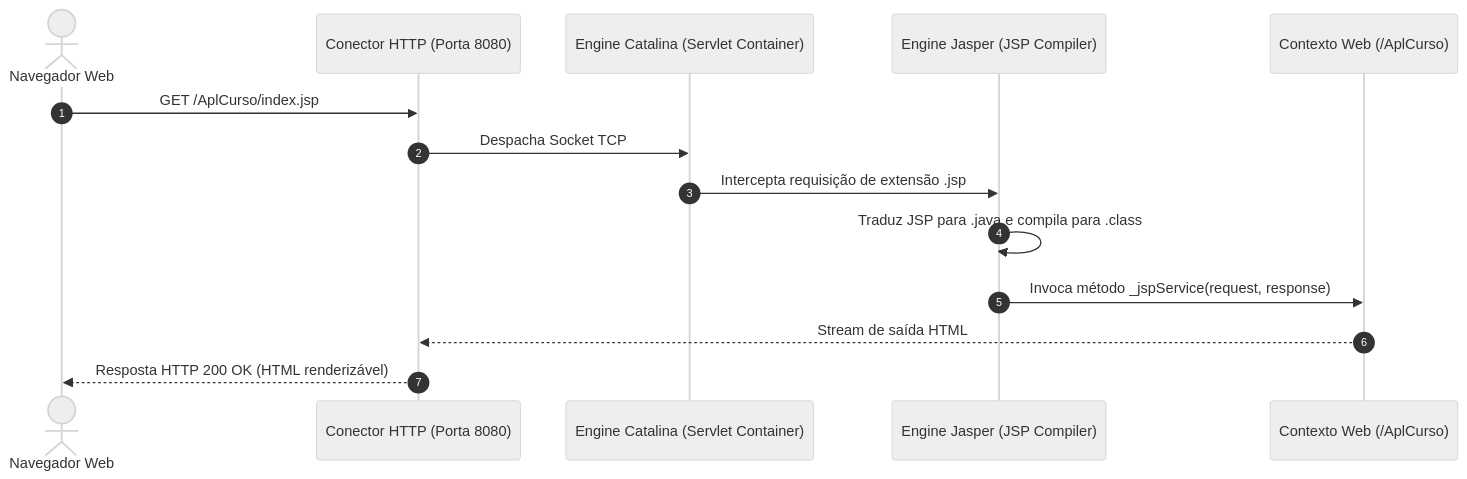
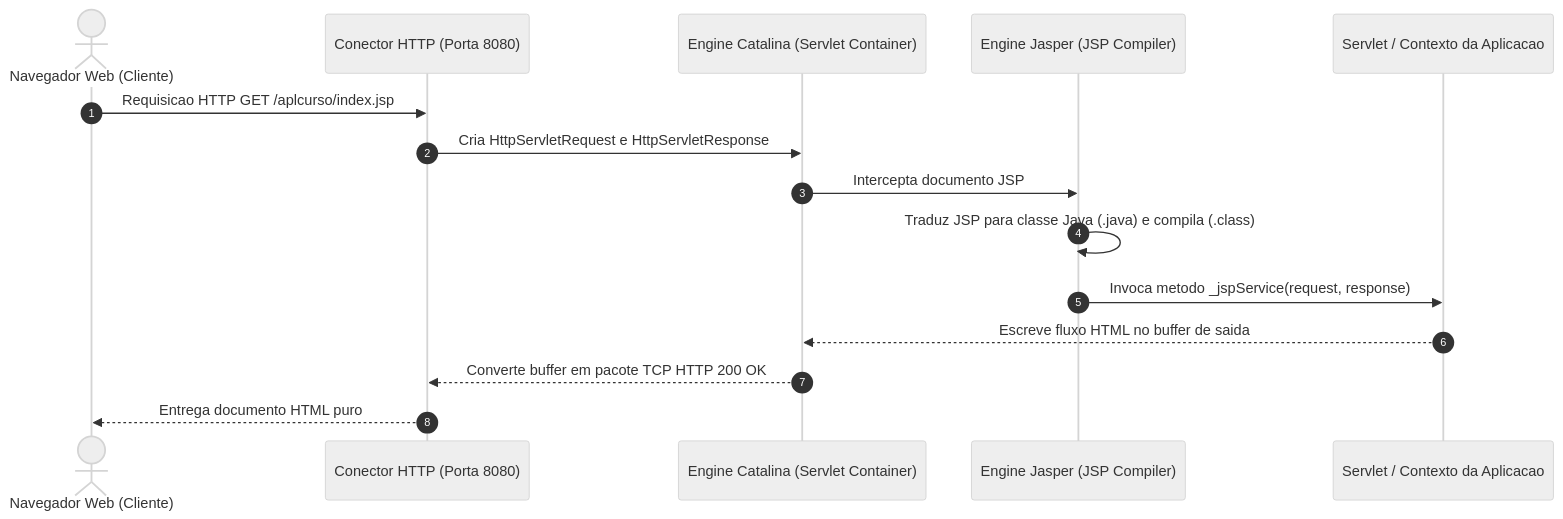
One commit to murilolol/unifef changed the second of 18 diagrams in 3º Semestre/[Prof. Jefferson Passerini] Laboratório de Programação III/Resumos-IA/Simulados-Comentados.md. Above: the diagram before and after it, drawn with Mermaid (neutral theme). The commit also changed other lines of this file and 25 other files, not shown here.

````diff
--- a/3º Semestre/[Prof. Jefferson Passerini] Laboratório de Programação III/Resumos-IA/Simulados-Comentados.md
+++ b/3º Semestre/[Prof. Jefferson Passerini] Laboratório de Programação III/Resumos-IA/Simulados-Comentados.md
@@ -458,17 +112,18 @@
 ```mermaid
 sequenceDiagram
-  autonumber
-  actor Navegador as Navegador Web
-  participant Conector as Conector HTTP (Porta 8080)
-  participant Catalina as Engine Catalina (Servlet Container)
-  participant Jasper as Engine Jasper (JSP Compiler)
-  participant App as Contexto Web (/AplCurso)
+    autonumber
+    actor Navegador as Navegador Web (Cliente)
+    participant Conector as Conector HTTP (Porta 8080)
+    participant Catalina as Engine Catalina (Servlet Container)
+    participant Jasper as Engine Jasper (JSP Compiler)
+    participant Servlet as Servlet / Contexto da Aplicacao
 
-  Navegador->>Conector: GET /AplCurso/index.jsp
-  Conector->>Catalina: Despacha Socket TCP
-  Catalina->>Jasper: Intercepta requisição de extensão .jsp
-  Jasper->>Jasper: Traduz JSP para .java e compila para .class
-  Jasper->>App: Invoca método _jspService(request, response)
-  App-->>Conector: Stream de saída HTML
-  Conector-->>Navegador: Resposta HTTP 200 OK (HTML renderizável)
+    Navegador->>Conector: Requisicao HTTP GET /aplcurso/index.jsp
+    Conector->>Catalina: Cria HttpServletRequest e HttpServletResponse
+    Catalina->>Jasper: Intercepta documento JSP
+    Jasper->>Jasper: Traduz JSP para classe Java (.java) e compila (.class)
+    Jasper->>Servlet: Invoca metodo _jspService(request, response)
+    Servlet-->>Catalina: Escreve fluxo HTML no buffer de saida
+    Catalina-->>Conector: Converte buffer em pacote TCP HTTP 200 OK
+    Conector-->>Navegador: Entrega documento HTML puro
 ```
````
